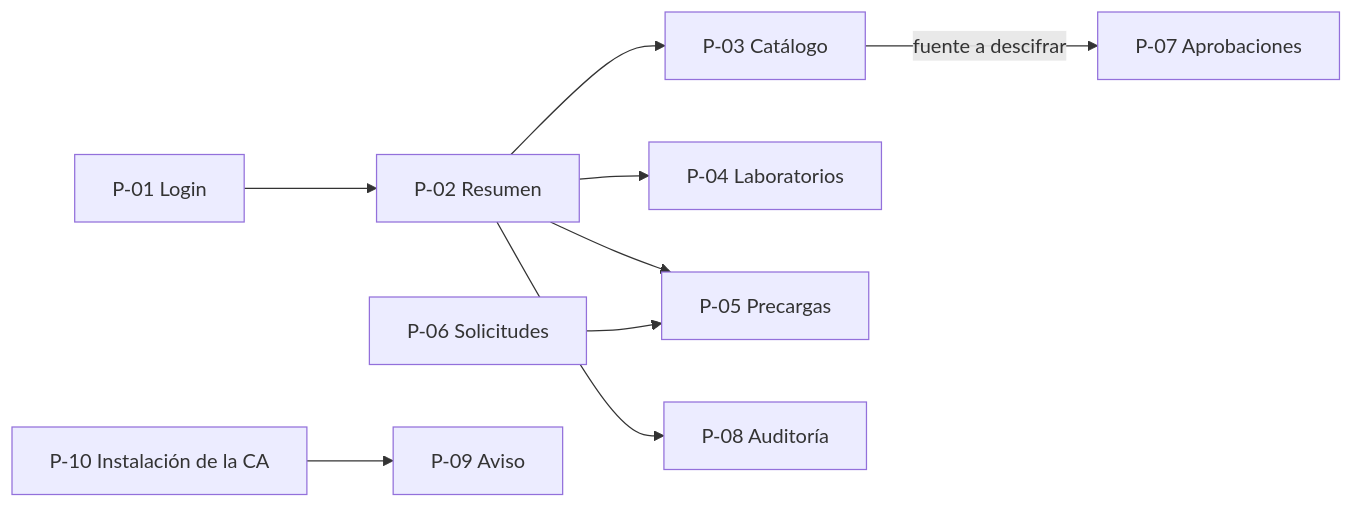
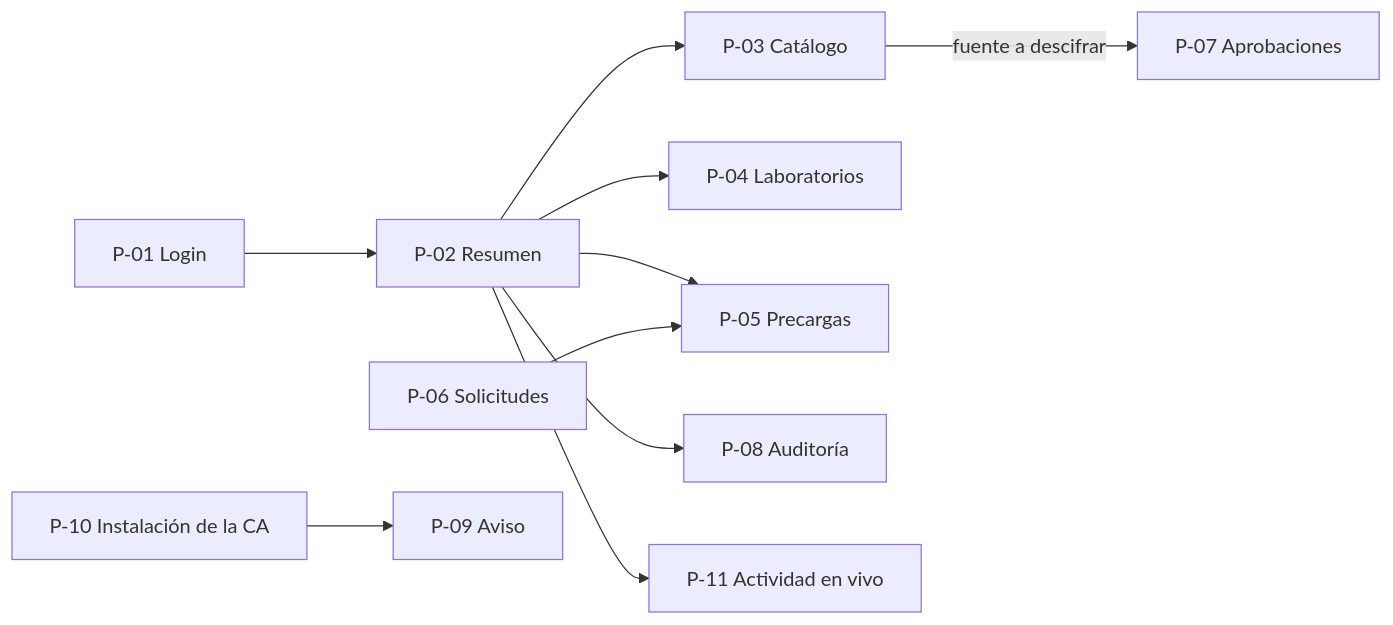
The second of 12 diagrams in docs/celeris/Celeris-CE02-Ingenieria-Software.md (Nick-Saim-MJ/Project-Celeris), drawn with Mermaid before and after one commit. The commit also changed other lines of this file and 87 other files, not shown here.

First line of the commit message:
CE02 E1: prototipo v0.2 (P-01…P-11) y UML v0.2 alineados con la arquitectura v0.4; CI-95

````diff
--- a/docs/celeris/Celeris-CE02-Ingenieria-Software.md
+++ b/docs/celeris/Celeris-CE02-Ingenieria-Software.md
@@ -251,11 +255,12 @@
 ```mermaid
 flowchart LR
   P01[P-01 Login] --> P02[P-02 Resumen]
   P02 --> P03[P-03 Catálogo]
   P02 --> P04[P-04 Laboratorios]
   P02 --> P05[P-05 Precargas]
   P06[P-06 Solicitudes] --> P05
   P03 -- "fuente a descifrar" --> P07[P-07 Aprobaciones]
   P02 --> P08[P-08 Auditoría]
+  P02 --> P11[P-11 Actividad en vivo]
   P10[P-10 Instalación de la CA] --> P09[P-09 Aviso]
 ```
````
